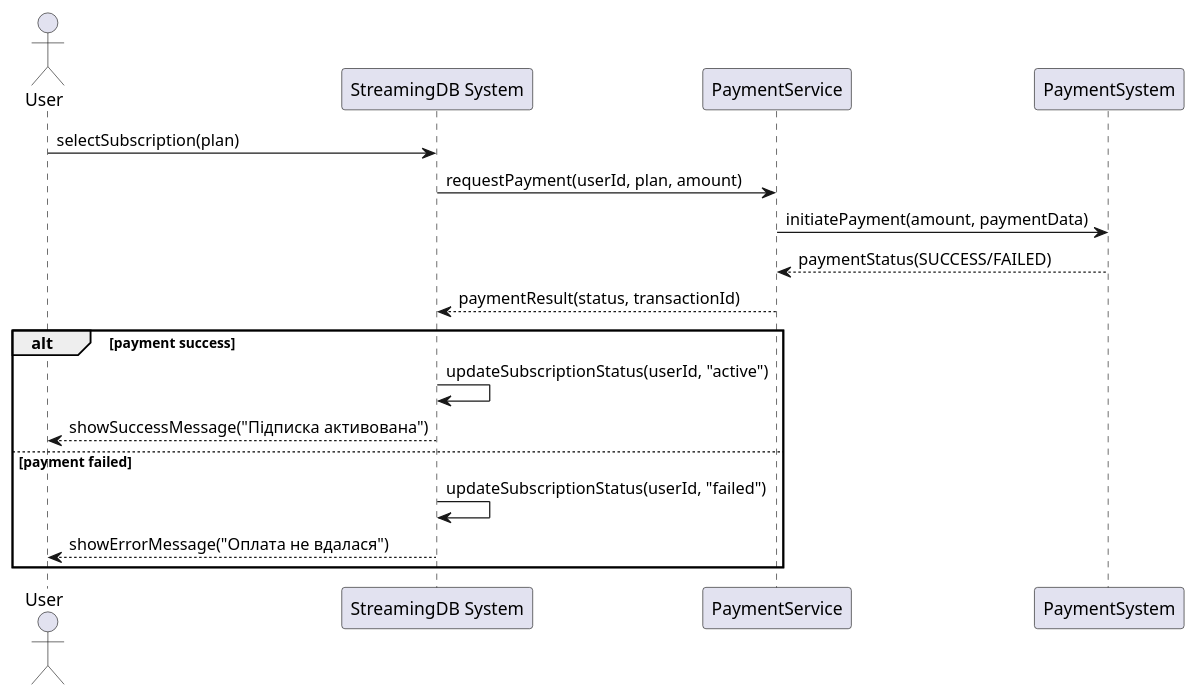
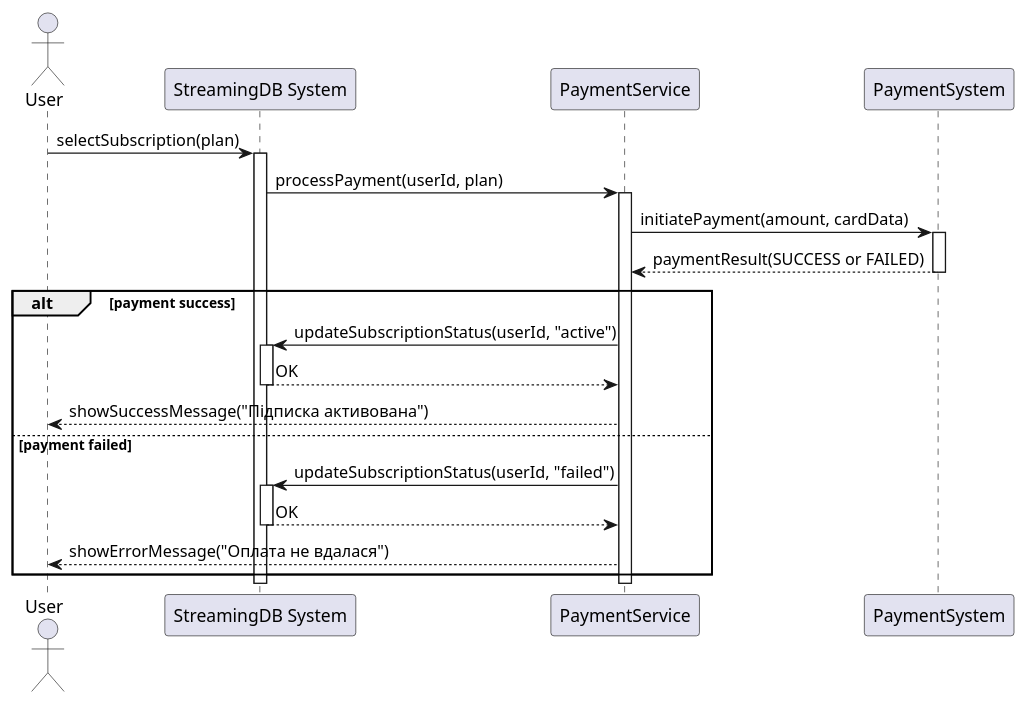
One commit to nikita4880/KPI_Components-of-software-engineering_labs changed the diagram in Subscription_Diagram.puml. Above: the diagram before and after it, drawn with PlantUML. The commit also changed other lines of this file, not shown here.

```diff
--- a/Subscription_Diagram.puml
+++ b/Subscription_Diagram.puml
@@ -1,30 +1,35 @@
 @startuml
 actor User
 participant "StreamingDB System" as StreamingDB
 participant "PaymentService" as PaymentService
-participant "PaymentSystem" as PaymentSystem
+participant "PaymentSystem" as ExternalPayment
 
-' Користувач обирає план
 User -> StreamingDB : selectSubscription(plan)
+activate StreamingDB
 
-' Система створює платіжний запит
-StreamingDB -> PaymentService : requestPayment(userId, plan, amount)
+StreamingDB -> PaymentService : processPayment(userId, plan)
+activate PaymentService
 
-' Платіжний сервіс ініціює платіж у зовнішній системі
-PaymentService -> PaymentSystem : initiatePayment(amount, paymentData)
+PaymentService -> ExternalPayment : initiatePayment(amount, cardData)
+activate ExternalPayment
 
-' Отримання результату
-PaymentSystem --> PaymentService : paymentStatus(SUCCESS/FAILED)
+ExternalPayment --> PaymentService : paymentResult(SUCCESS or FAILED)
+deactivate ExternalPayment
 
-' Повернення результату до StreamingDB
-PaymentService --> StreamingDB : paymentResult(status, transactionId)
+alt payment success
+    PaymentService -> StreamingDB : updateSubscriptionStatus(userId, "active")
+    activate StreamingDB
+    StreamingDB --> PaymentService : OK
+    deactivate StreamingDB
+    PaymentService --> User : showSuccessMessage("Підписка активована")
+else payment failed
+    PaymentService -> StreamingDB : updateSubscriptionStatus(userId, "failed")
+    activate StreamingDB
+    StreamingDB --> PaymentService : OK
+    deactivate StreamingDB
+    PaymentService --> User : showErrorMessage("Оплата не вдалася")
+end
 
-' Збереження статусу оплати
-alt payment success
-    StreamingDB -> StreamingDB : updateSubscriptionStatus(userId, "active")
-    StreamingDB --> User : showSuccessMessage("Підписка активована")
-else payment failed
-    StreamingDB -> StreamingDB : updateSubscriptionStatus(userId, "failed")
-    StreamingDB --> User : showErrorMessage("Оплата не вдалася")
-end
+deactivate PaymentService
+deactivate StreamingDB
 @enduml
```
